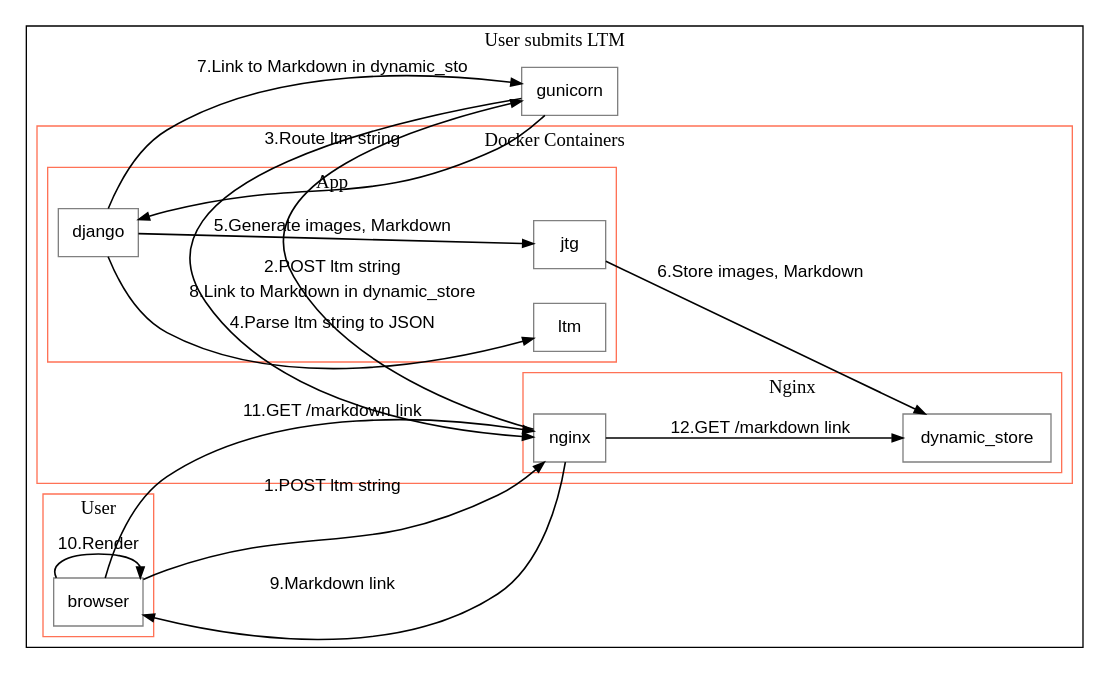
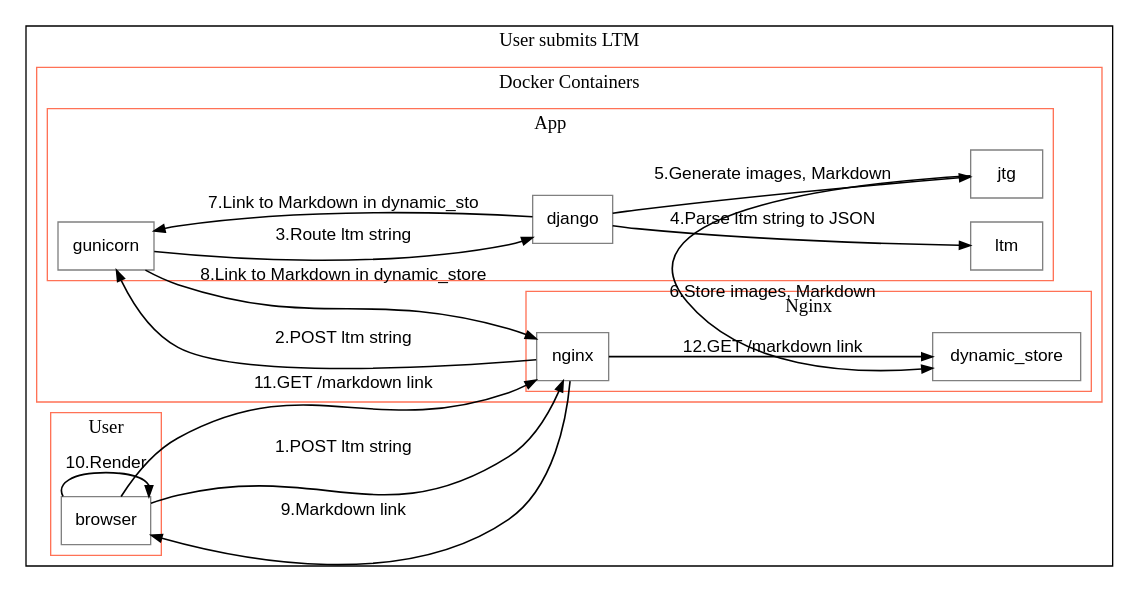
The diagram in design/output/User submits LTM.dot (hyakuhei/TAMMY), drawn with Graphviz before and after one commit. The commit also changed 5 other files, not shown here.

```diff
--- a/design/output/User submits LTM.dot
+++ b/design/output/User submits LTM.dot
@@ -1,48 +1,48 @@
 digraph G {
 compound=true;
 rankdir="LR";
     subgraph cluster1 {
     rankdir="TB";
     label="User submits LTM";
     color="Black";
-        node7 [label="gunicorn" shape="box", margin="0.1", color="Grey", fontsize="13", fontname="Helvetica"];
         subgraph cluster2 {
         rankdir="TB";
         label="Docker Containers";
         color="Coral1";
             subgraph cluster3 {
             rankdir="TB";
             label="Nginx";
             color="Coral1";
                 node4 [label="nginx" shape="box", margin="0.1", color="Grey", fontsize="13", fontname="Helvetica"];
                 node12 [label="dynamic_store" shape="box", margin="0.1", color="Grey", fontsize="13", fontname="Helvetica"];
             }
-            subgraph cluster8 {
+            subgraph cluster7 {
             rankdir="TB";
             label="App";
             color="Coral1";
+                node8 [label="gunicorn" shape="box", margin="0.1", color="Grey", fontsize="13", fontname="Helvetica"];
                 node9 [label="django" shape="box", margin="0.1", color="Grey", fontsize="13", fontname="Helvetica"];
                 node10 [label="ltm" shape="box", margin="0.1", color="Grey", fontsize="13", fontname="Helvetica"];
                 node11 [label="jtg" shape="box", margin="0.1", color="Grey", fontsize="13", fontname="Helvetica"];
             }
         }
         subgraph cluster5 {
         rankdir="TB";
         label="User";
         color="Coral1";
             node6 [label="browser" shape="box", margin="0.1", color="Grey", fontsize="13", fontname="Helvetica"];
         }
     }
 node6->node4 [label="1.POST ltm string" fontsize="13", penwidth="1.2", arrowsize="0.8", fontname="Helvetica"];
-node4->node7 [label="2.POST ltm string" fontsize="13", penwidth="1.2", arrowsize="0.8", fontname="Helvetica"];
-node7->node9 [label="3.Route ltm string" fontsize="13", penwidth="1.2", arrowsize="0.8", fontname="Helvetica"];
+node4->node8 [label="2.POST ltm string" fontsize="13", penwidth="1.2", arrowsize="0.8", fontname="Helvetica"];
+node8->node9 [label="3.Route ltm string" fontsize="13", penwidth="1.2", arrowsize="0.8", fontname="Helvetica"];
 node9->node10 [label="4.Parse ltm string to JSON" fontsize="13", penwidth="1.2", arrowsize="0.8", fontname="Helvetica"];
 node9->node11 [label="5.Generate images, Markdown" fontsize="13", penwidth="1.2", arrowsize="0.8", fontname="Helvetica"];
 node11->node12 [label="6.Store images, Markdown" fontsize="13", penwidth="1.2", arrowsize="0.8", fontname="Helvetica"];
-node9->node7 [label="7.Link to Markdown in dynamic_sto" fontsize="13", penwidth="1.2", arrowsize="0.8", fontname="Helvetica"];
-node7->node4 [label="8.Link to Markdown in dynamic_store" fontsize="13", penwidth="1.2", arrowsize="0.8", fontname="Helvetica"];
+node9->node8 [label="7.Link to Markdown in dynamic_sto" fontsize="13", penwidth="1.2", arrowsize="0.8", fontname="Helvetica"];
+node8->node4 [label="8.Link to Markdown in dynamic_store" fontsize="13", penwidth="1.2", arrowsize="0.8", fontname="Helvetica"];
 node4->node6 [label="9.Markdown link" fontsize="13", penwidth="1.2", arrowsize="0.8", fontname="Helvetica"];
 node6->node6 [label="10.Render" fontsize="13", penwidth="1.2", arrowsize="0.8", fontname="Helvetica"];
 node6->node4 [label="11.GET /markdown link" fontsize="13", penwidth="1.2", arrowsize="0.8", fontname="Helvetica"];
 node4->node12 [label="12.GET /markdown link" fontsize="13", penwidth="1.2", arrowsize="0.8", fontname="Helvetica"];
 }
```
